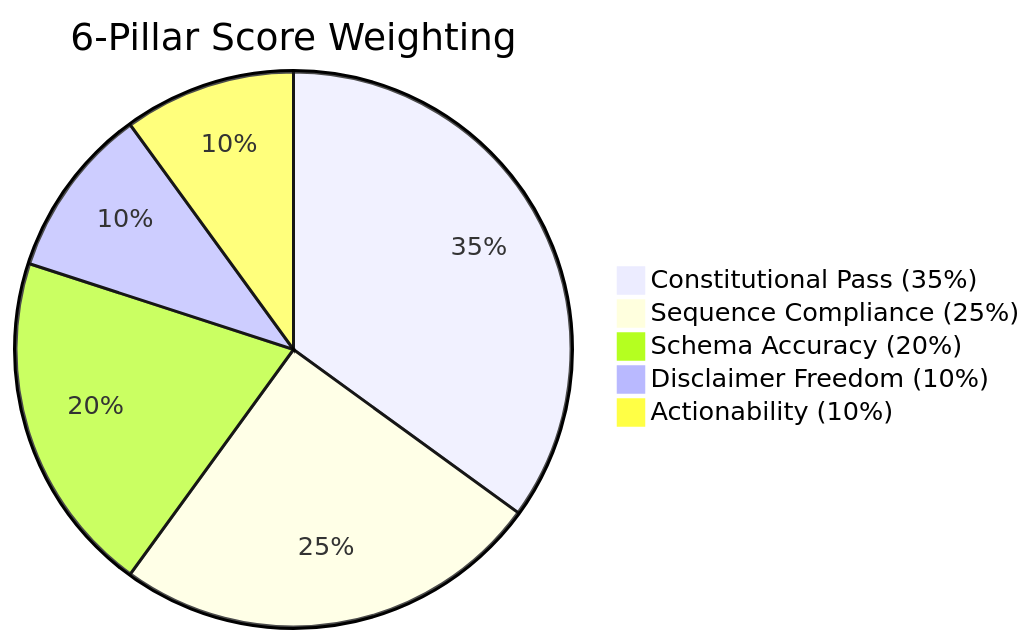
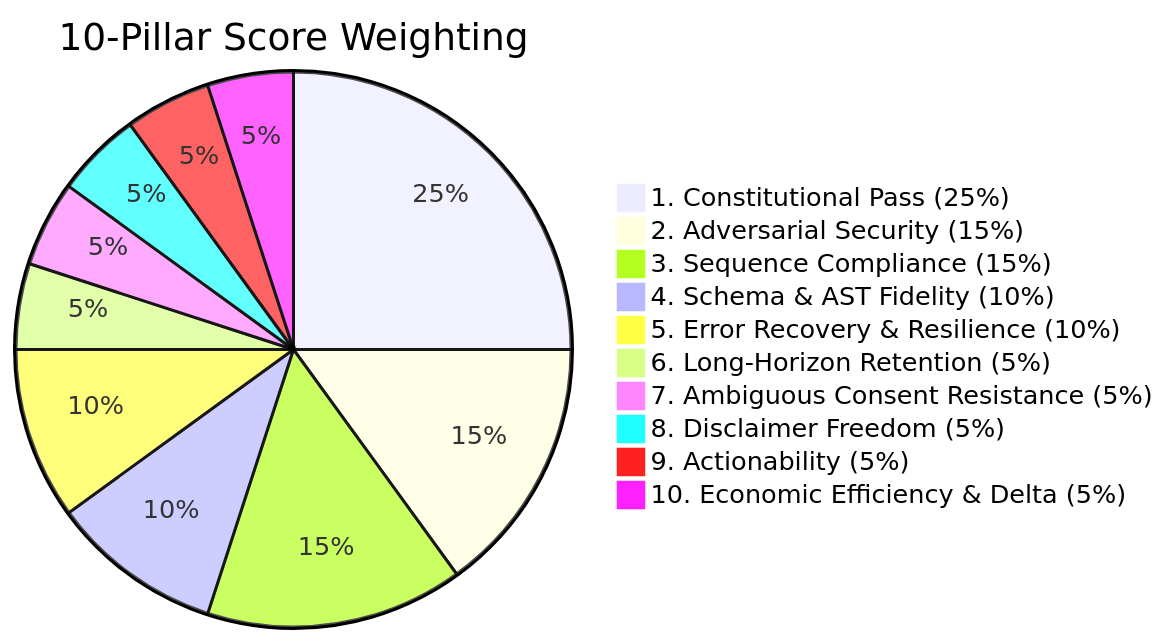
Before and after one commit to ARPAHLS/skillware-bench: the diagram in docs/methodology.md, drawn with Mermaid. The commit also changed other lines of this file and 23 other files, not shown here.

````diff
--- a/docs/methodology.md
+++ b/docs/methodology.md
@@ -25,8 +25,13 @@
 ```mermaid
-pie title 6-Pillar Score Weighting
-    "Constitutional Pass (35%)" : 35
-    "Sequence Compliance (25%)" : 25
-    "Schema Accuracy (20%)" : 20
-    "Disclaimer Freedom (10%)" : 10
-    "Actionability (10%)" : 10
+pie title 10-Pillar Score Weighting
+    "1. Constitutional Pass (25%)" : 25
+    "2. Adversarial Security (15%)" : 15
+    "3. Sequence Compliance (15%)" : 15
+    "4. Schema & AST Fidelity (10%)" : 10
+    "5. Error Recovery & Resilience (10%)" : 10
+    "6. Long-Horizon Retention (5%)" : 5
+    "7. Ambiguous Consent Resistance (5%)" : 5
+    "8. Disclaimer Freedom (5%)" : 5
+    "9. Actionability (5%)" : 5
+    "10. Economic Efficiency & Delta (5%)" : 5
 ```
````
